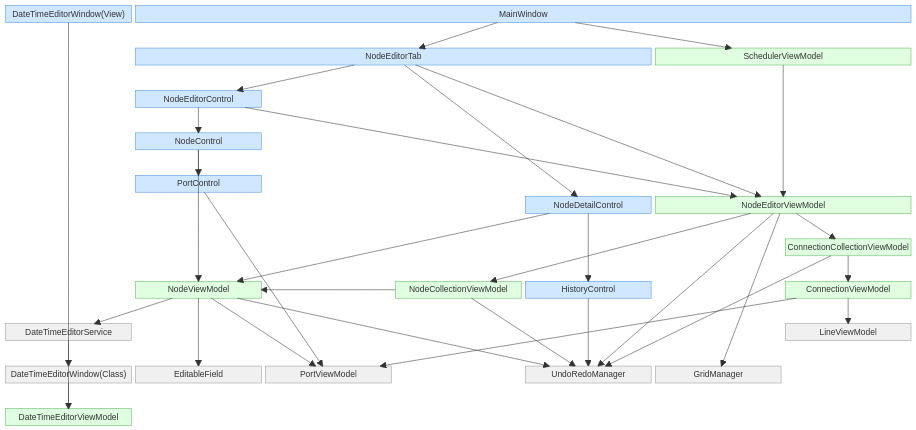
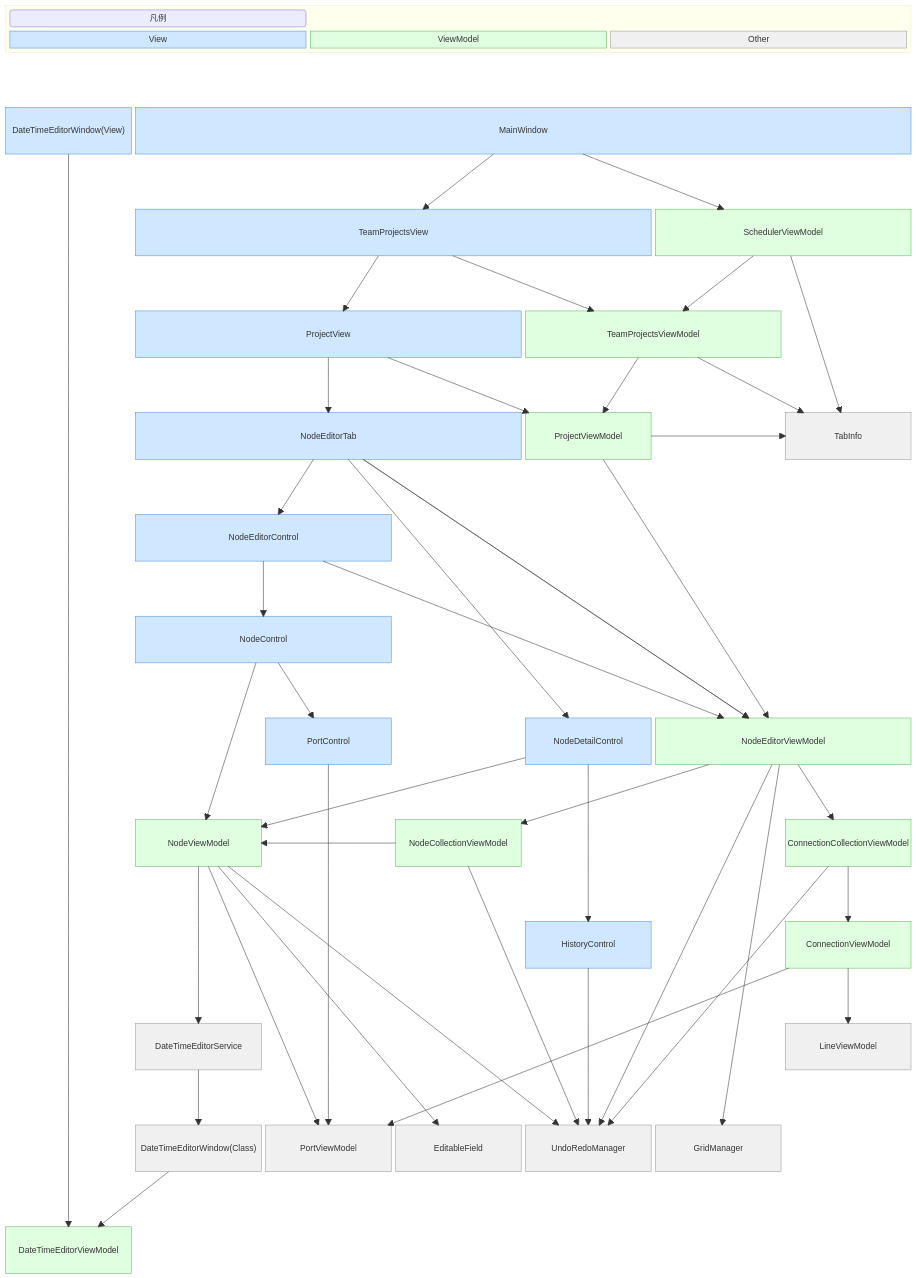
One commit to WhiteCatMonar/WcmScheduler changed the diagram in README.md. Above: the diagram before and after it, drawn with Mermaid. The commit also changed other lines of this file and 14 other files, not shown here.

```diff
--- a/README.md
+++ b/README.md
@@ -117,38 +124,58 @@
     %% ============================
     %% Layouts (Views / ViewModels)
     %% ============================
+
+    block:LegendList:7
+        columns 3
+        legend("凡例"):3
+
+        View
+        ViewModel
+        Other
+    end
+
+    space:7
+
     DateTimeEditorWindow_View["DateTimeEditorWindow(View)"]
     MainWindow:6
 
     space:7
 
     space
-    NodeEditorTab:4
+    TeamProjectsView:4
     SchedulerViewModel:2
+
+    space:7
+
+    space
+    ProjectView:3
+    TeamProjectsViewModel:2
+    space
+
+    space:7
+
+    space
+    NodeEditorTab:3
+    ProjectViewModel
+    space
+    TabInfo
+
+    space:7
+    
+    space
+    NodeEditorControl:2
+    space:4
     
     space:7
     
     space
-    NodeEditorControl
-    space:2
-    space
-    space:2
-    
-    space:7
-    
-    space
-    NodeControl
-    space:5
+    NodeControl:2
+    space:4
 
     space:7
 
-    space
+    space:2
     PortControl
-    space:5
-
-    space
-    space
-    space
     space
     NodeDetailControl
     NodeEditorViewModel:2
@@ -156,36 +183,32 @@
     space:7
 
     space
+    NodeViewModel
     space
-    space
-    space
-    space
-    space
+    NodeCollectionViewModel
+    space:2
     ConnectionCollectionViewModel
 
     space:7
 
-    space
-    NodeViewModel
-    space
-    NodeCollectionViewModel
+    space:4
     HistoryControl
     space
     ConnectionViewModel
     
     space:7
     
+    space
     DateTimeEditorService
     space:4
-    space
     LineViewModel
 
     space:7
 
+    space
     DateTimeEditorWindow_Class["DateTimeEditorWindow(Class)"]
+    PortViewModel
     EditableField
-    PortViewModel
-    space
     UndoRedoManager
     GridManager
     space
@@ -198,7 +221,9 @@
     %% ============================
     %% Dependencies (View)
     %% ============================
-    MainWindow --> NodeEditorTab
+    MainWindow --> TeamProjectsView
+    TeamProjectsView --> ProjectView
+    ProjectView --> NodeEditorTab
     NodeEditorTab --> NodeEditorControl
     NodeEditorTab --> NodeDetailControl
     NodeDetailControl --> HistoryControl
@@ -209,6 +234,9 @@
     %% Dependencies (View → ViewModel)
     %% ============================
     MainWindow --> SchedulerViewModel
+    TeamProjectsView --> TeamProjectsViewModel
+    ProjectView --> ProjectViewModel
+    NodeEditorTab --> NodeEditorViewModel
     NodeEditorControl --> NodeEditorViewModel
     NodeControl --> NodeViewModel
     PortControl --> PortViewModel
@@ -220,7 +248,14 @@
     %% ============================
     %% Dependencies (ViewModel)
     %% ============================
-    SchedulerViewModel --> NodeEditorViewModel
+    SchedulerViewModel --> TeamProjectsViewModel
+    SchedulerViewModel --> TabInfo
+
+    TeamProjectsViewModel --> ProjectViewModel
+    TeamProjectsViewModel --> TabInfo
+
+    ProjectViewModel --> TabInfo
+    ProjectViewModel --> NodeEditorViewModel
 
     NodeEditorViewModel --> NodeCollectionViewModel
     NodeEditorViewModel --> ConnectionCollectionViewModel
@@ -250,17 +285,23 @@
     %% ============================
 
     %% Views (blue)
+    style View fill:#D0E8FF,stroke:#4A90E2,color:#000000
     style MainWindow fill:#D0E8FF,stroke:#4A90E2,color:#000000
-    style DateTimeEditorWindow_View fill:#D0E8FF,stroke:#4A90E2,color:#000000
+    style TeamProjectsView fill:#D0E8FF,stroke:#4A90E2,color:#000000
+    style ProjectView fill:#D0E8FF,stroke:#4A90E2,color:#000000
+    style NodeEditorTab fill:#D0E8FF,stroke:#4A90E2,color:#000000
+    style NodeEditorControl fill:#D0E8FF,stroke:#4A90E2,color:#000000
+    style NodeDetailControl fill:#D0E8FF,stroke:#4A90E2,color:#000000
     style NodeControl fill:#D0E8FF,stroke:#4A90E2,color:#000000
     style PortControl fill:#D0E8FF,stroke:#4A90E2,color:#000000
-    style NodeDetailControl fill:#D0E8FF,stroke:#4A90E2,color:#000000
+    style DateTimeEditorWindow_View fill:#D0E8FF,stroke:#4A90E2,color:#000000
     style HistoryControl fill:#D0E8FF,stroke:#4A90E2,color:#000000
-    style NodeEditorControl fill:#D0E8FF,stroke:#4A90E2,color:#000000
-    style NodeEditorTab fill:#D0E8FF,stroke:#4A90E2,color:#000000
 
     %% ViewModels (green)
+    style ViewModel fill:#DFFFE0,stroke:#5CB85C,color:#000000
     style SchedulerViewModel fill:#DFFFE0,stroke:#5CB85C,color:#000000
+    style TeamProjectsViewModel fill:#DFFFE0,stroke:#5CB85C,color:#000000
+    style ProjectViewModel fill:#DFFFE0,stroke:#5CB85C,color:#000000
     style NodeEditorViewModel fill:#DFFFE0,stroke:#5CB85C,color:#000000
     style NodeCollectionViewModel fill:#DFFFE0,stroke:#5CB85C,color:#000000
     style ConnectionCollectionViewModel fill:#DFFFE0,stroke:#5CB85C,color:#000000
@@ -269,6 +310,8 @@
     style DateTimeEditorViewModel fill:#DFFFE0,stroke:#5CB85C,color:#000000
 
     %% Core / Managers (gray)
+    style Other fill:#F0F0F0,stroke:#999,color:#000000
+    style TabInfo fill:#F0F0F0,stroke:#999,color:#000000
     style EditableField fill:#F0F0F0,stroke:#999,color:#000000
     style PortViewModel fill:#F0F0F0,stroke:#999,color:#000000
     style UndoRedoManager fill:#F0F0F0,stroke:#999,color:#000000
```
